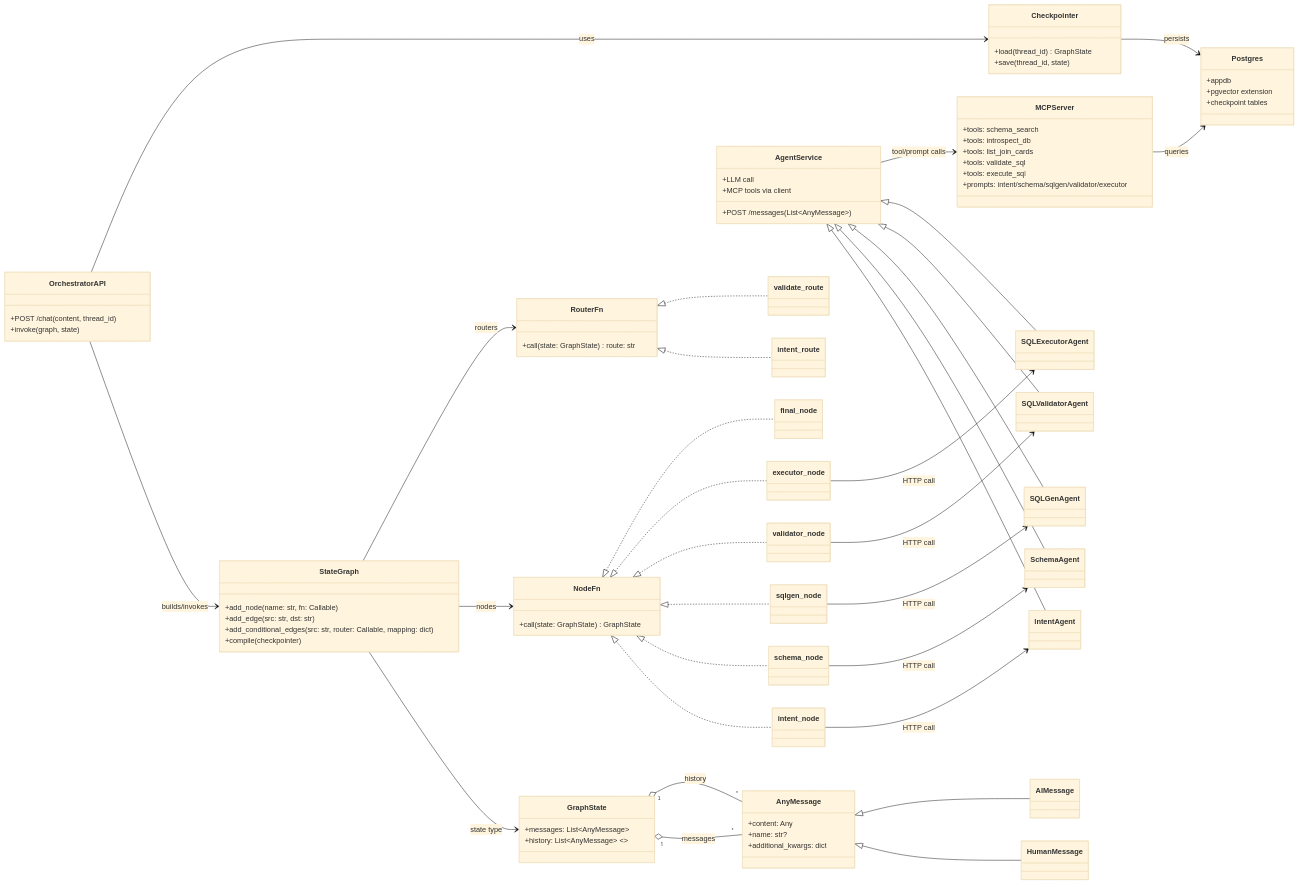
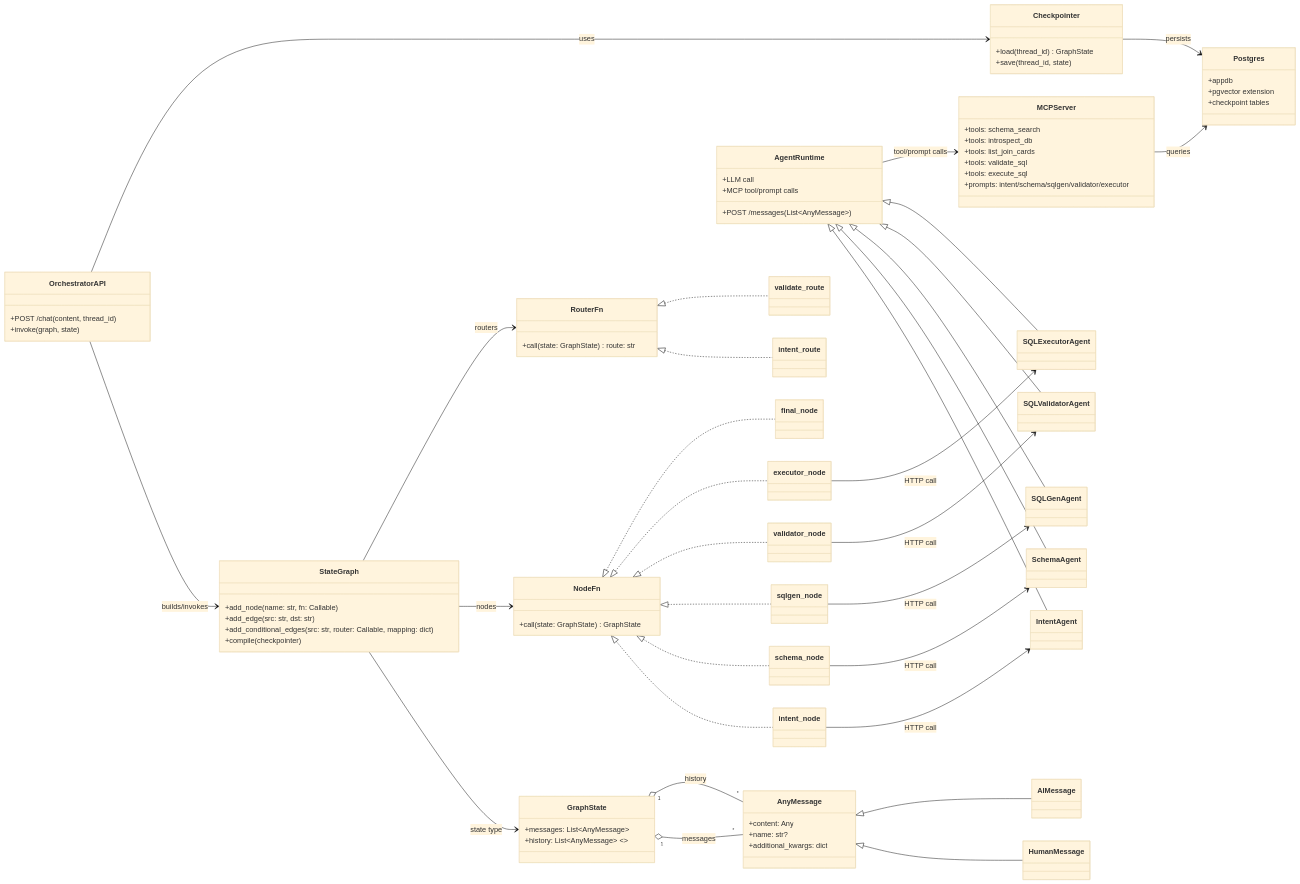
Before and after one commit to attractor-set/sql_agent_example: the first of 3 diagrams in README.md, drawn with Mermaid (base theme). The commit also changed other lines of this file, not shown here.

Commit message:
[README] README update related to the agent generator solution

````diff
--- a/README.md
+++ b/README.md
@@ -109,10 +109,10 @@
   +prompts: intent/schema/sqlgen/validator/executor
 }
 
-class AgentService {
+class AgentRuntime {
   +POST /messages(List~AnyMessage~)
   +LLM call
-  +MCP tools via client
+  +MCP tool/prompt calls
 }
 
 class IntentAgent
@@ -120,11 +120,11 @@
 class SQLGenAgent
 class SQLValidatorAgent
 class SQLExecutorAgent
-AgentService <|-- IntentAgent
-AgentService <|-- SchemaAgent
-AgentService <|-- SQLGenAgent
-AgentService <|-- SQLValidatorAgent
-AgentService <|-- SQLExecutorAgent
+AgentRuntime <|-- IntentAgent
+AgentRuntime <|-- SchemaAgent
+AgentRuntime <|-- SQLGenAgent
+AgentRuntime <|-- SQLValidatorAgent
+AgentRuntime <|-- SQLExecutorAgent
 
 class NodeFn {
   +call(state: GraphState) GraphState
@@ -167,6 +167,6 @@
 validator_node --> SQLValidatorAgent : HTTP call
 executor_node --> SQLExecutorAgent : HTTP call
 
-AgentService --> MCPServer : tool/prompt calls
+AgentRuntime --> MCPServer : tool/prompt calls
 MCPServer --> Postgres : queries
 ```
````
